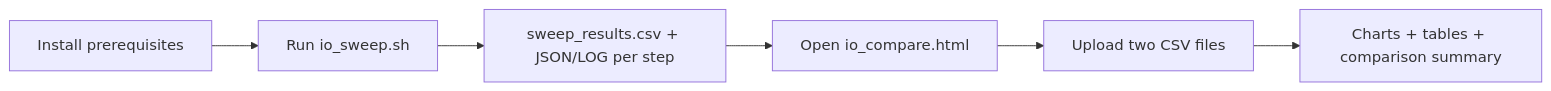
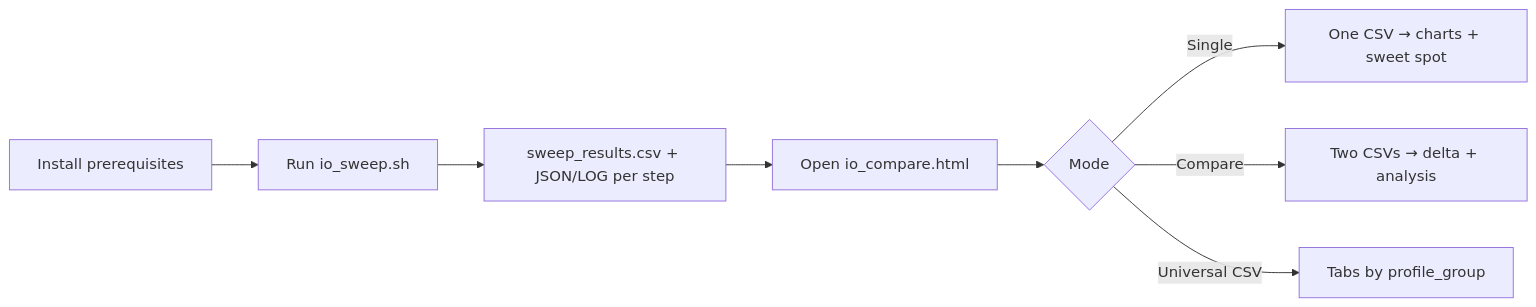
One commit to goasutlor/io_perf_test changed the diagram in README.md. Above: the diagram before and after it, drawn with Mermaid. The commit also changed other lines of this file and 4 other files, not shown here.

First line of the commit message:
feat: io_compare v4 universal profiles, single-system report, RELEASE + docs; fix io_sweep profile_group CSV

````diff
--- a/README.md
+++ b/README.md
@@ -11,8 +13,10 @@
 ```mermaid
 flowchart LR
   A[Install prerequisites] --> B[Run io_sweep.sh]
   B --> C[sweep_results.csv + JSON/LOG per step]
   C --> D[Open io_compare.html]
-  D --> E[Upload two CSV files]
-  E --> F[Charts + tables + comparison summary]
+  D --> E{Mode}
+  E -->|Single| F[One CSV → charts + sweet spot]
+  E -->|Compare| G[Two CSVs → delta + analysis]
+  E -->|Universal CSV| H[Tabs by profile_group]
 ```
````
